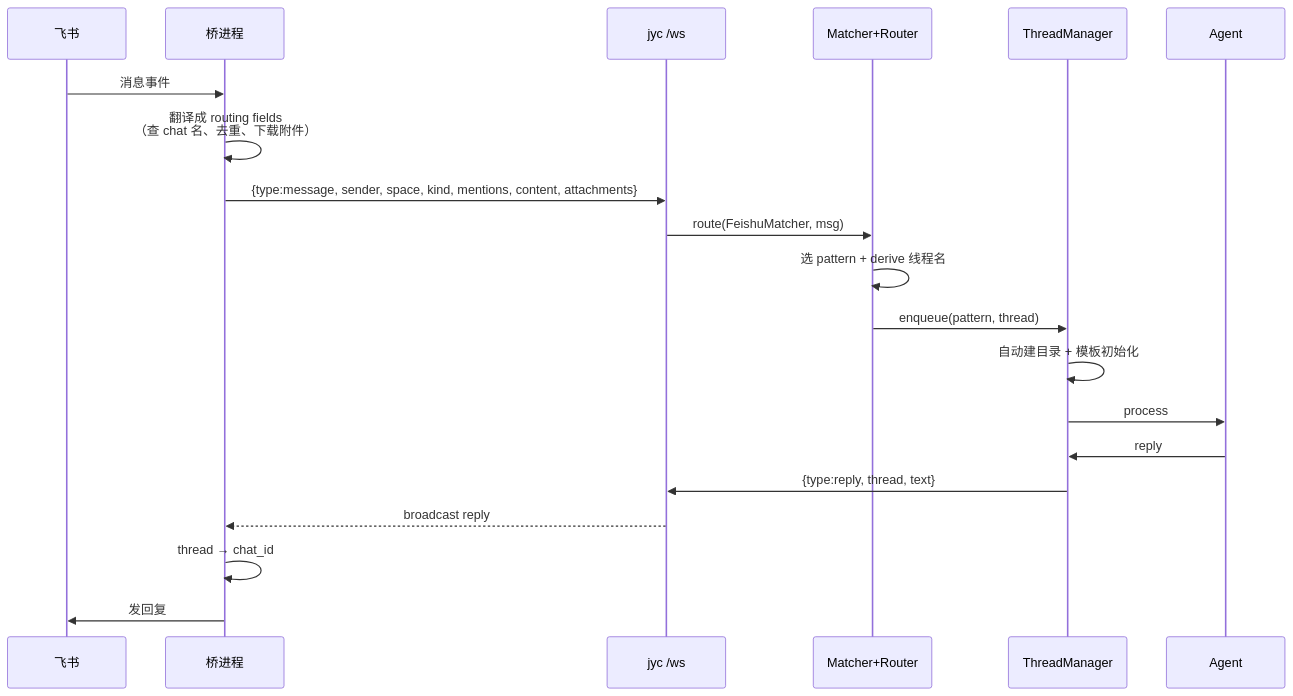
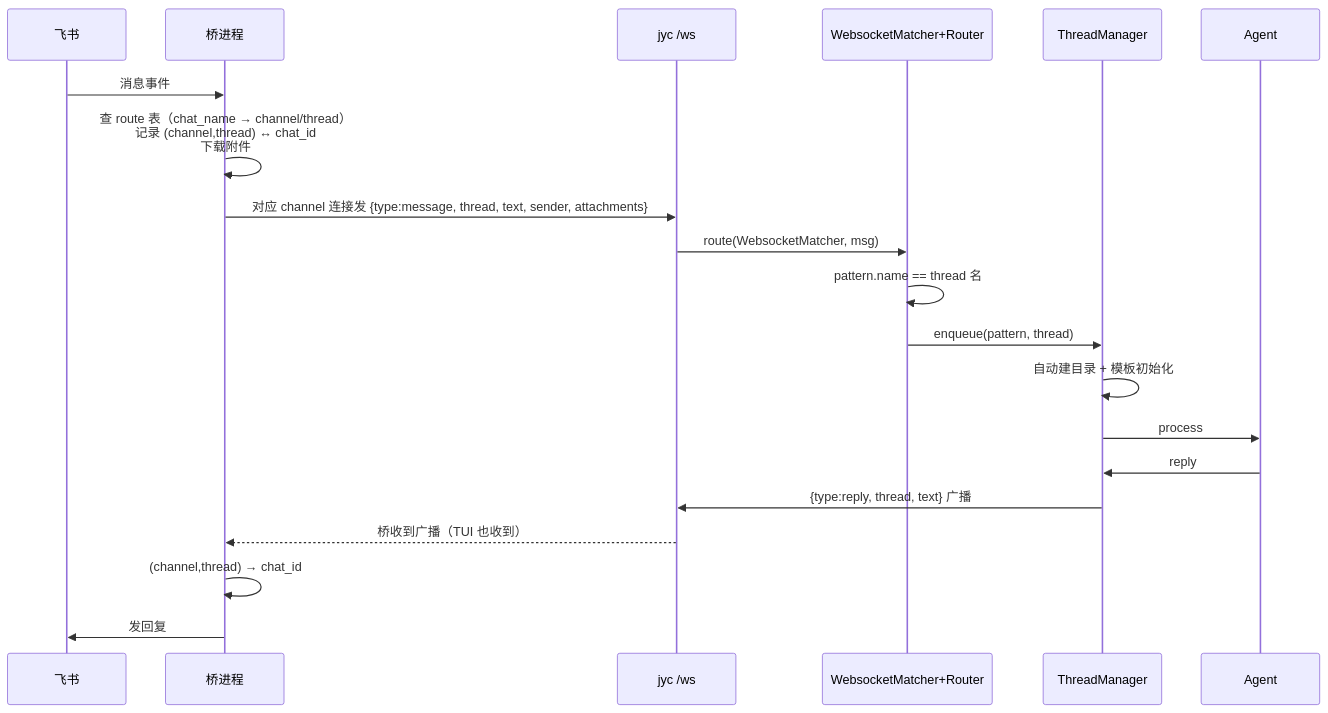
One commit to kingye/jyc changed the third of 4 diagrams in docs/plugin-architecture.md. Above: the diagram before and after it, drawn with Mermaid. The commit also changed other lines of this file, not shown here.

First line of the commit message:
docs: revise plugin architecture — channel-agnostic core, bridge route table

````diff
--- a/docs/plugin-architecture.md
+++ b/docs/plugin-architecture.md
@@ -152,22 +176,22 @@
 ```mermaid
 sequenceDiagram
     participant FS as 飞书
     participant B as 桥进程
     participant WS as jyc /ws
-    participant M as Matcher+Router
+    participant M as WebsocketMatcher+Router
     participant TM as ThreadManager
     participant AI as Agent
     FS->>B: 消息事件
-    B->>B: 翻译成 routing fields<br/>（查 chat 名、去重、下载附件）
-    B->>WS: {type:message, sender, space, kind, mentions, content, attachments}
-    WS->>M: route(FeishuMatcher, msg)
-    M->>M: 选 pattern + derive 线程名
+    B->>B: 查 route 表（chat_name → channel/thread）<br/>记录 (channel,thread) ↔ chat_id<br/>下载附件
+    B->>WS: 对应 channel 连接发 {type:message, thread, text, sender, attachments}
+    WS->>M: route(WebsocketMatcher, msg)
+    M->>M: pattern.name == thread 名
     M->>TM: enqueue(pattern, thread)
     TM->>TM: 自动建目录 + 模板初始化
     TM->>AI: process
     AI->>TM: reply
-    TM->>WS: {type:reply, thread, text}
-    WS-->>B: broadcast reply
-    B->>B: thread → chat_id
+    TM->>WS: {type:reply, thread, text} 广播
+    WS-->>B: 桥收到广播（TUI 也收到）
+    B->>B: (channel,thread) → chat_id
     B->>FS: 发回复
 ```
````
